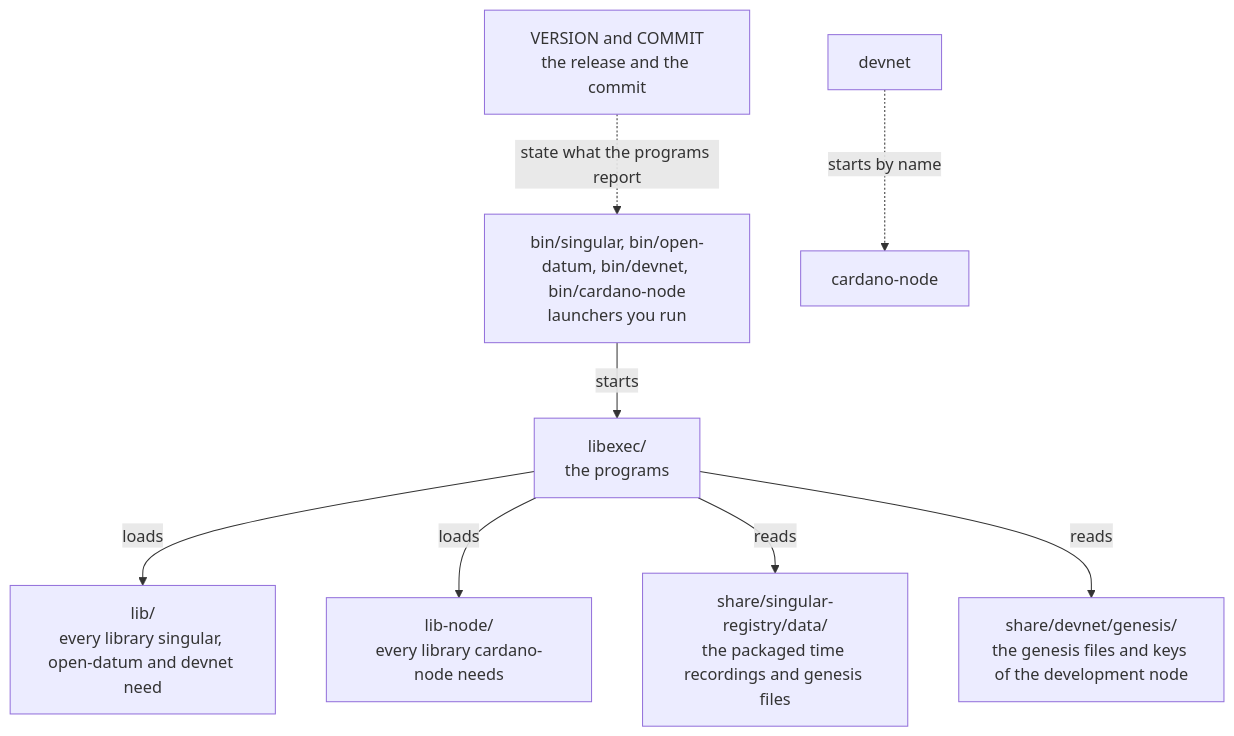
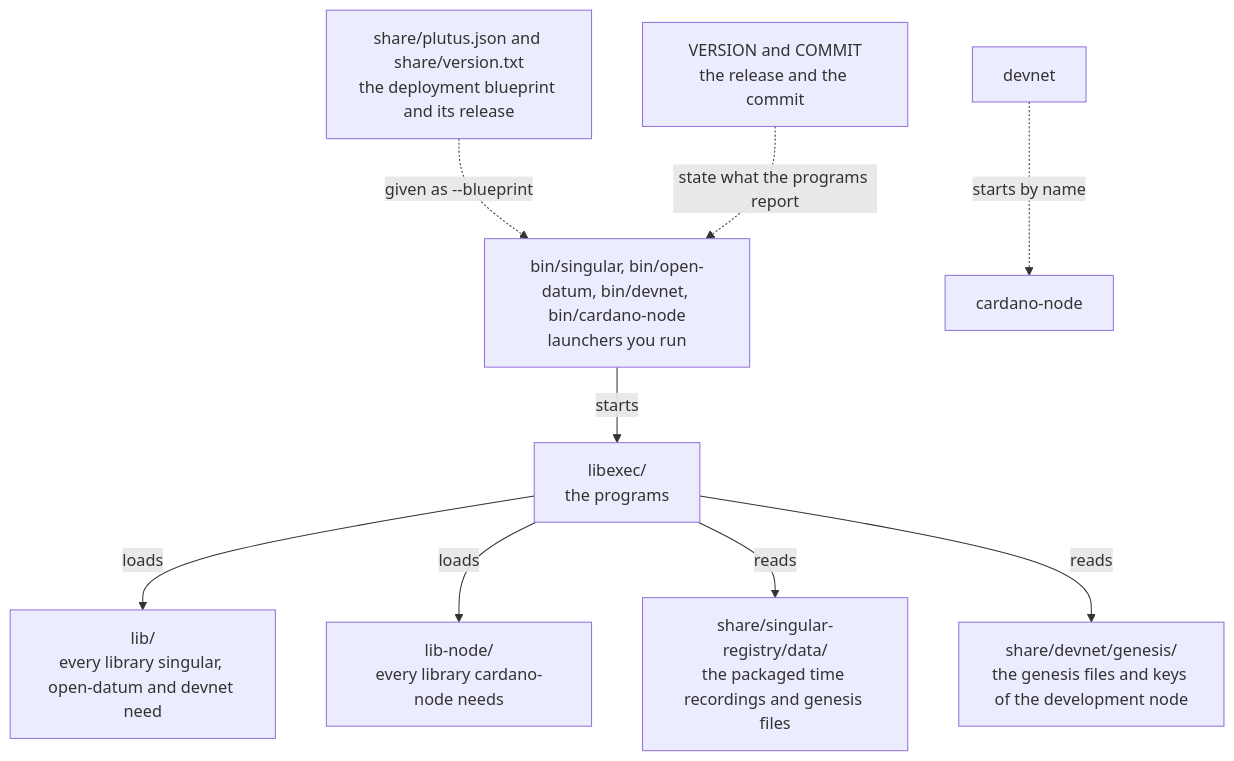
One commit to lambdasistemi/singular changed the second of 3 diagrams in docs/install.md. Above: the diagram before and after it, drawn with Mermaid. The commit also changed other lines of this file and 25 other files, not shown here.

First line of the commit message:
feat: every way to install carries the deployment blueprint

````diff
--- a/docs/install.md
+++ b/docs/install.md
@@ -184,10 +184,11 @@
 ```mermaid
 flowchart TD
     B["bin/singular, bin/open-datum, bin/devnet, bin/cardano-node<br/>launchers you run"] -->|starts| L["libexec/<br/>the programs"]
     L -->|loads| Q["lib/<br/>every library singular, open-datum and devnet need"]
     L -->|loads| N["lib-node/<br/>every library cardano-node needs"]
     L -->|reads| D["share/singular-registry/data/<br/>the packaged time recordings and genesis files"]
     L -->|reads| G["share/devnet/genesis/<br/>the genesis files and keys of the development node"]
+    U["share/plutus.json and share/version.txt<br/>the deployment blueprint and its release"] -.->|given as --blueprint| B
     V["devnet"] -.->|starts by name| C["cardano-node"]
     I["VERSION and COMMIT<br/>the release and the commit"] -.->|state what the programs report| B
 ```
````
